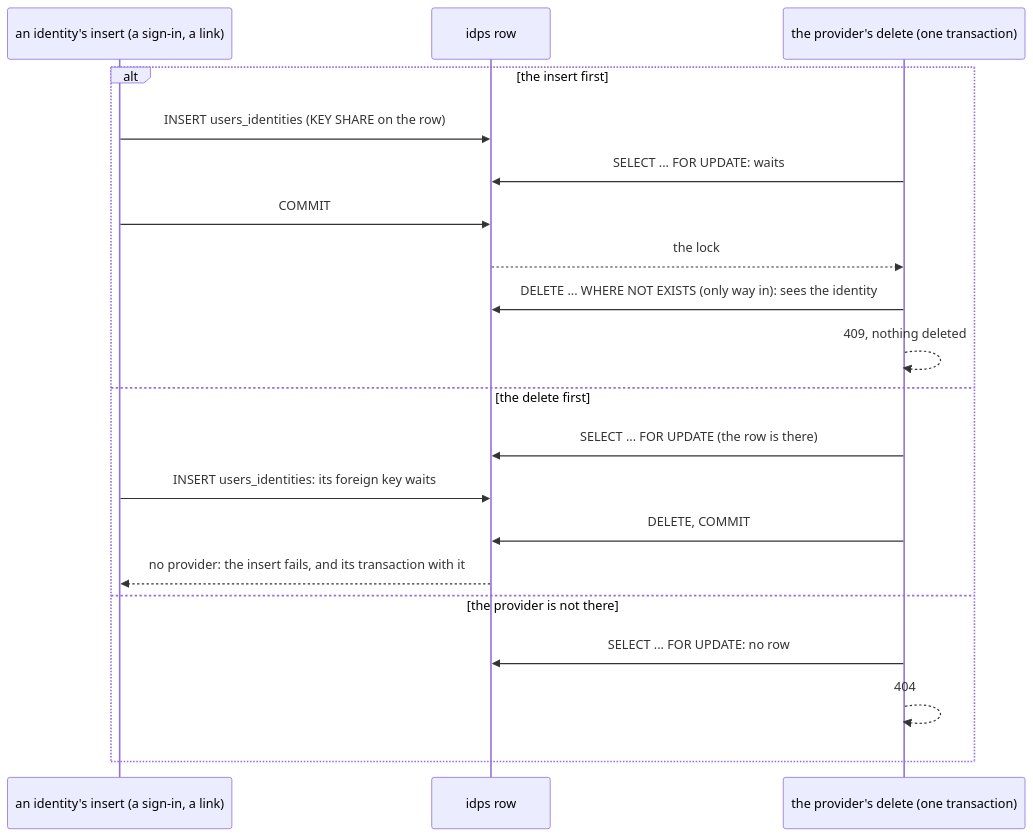
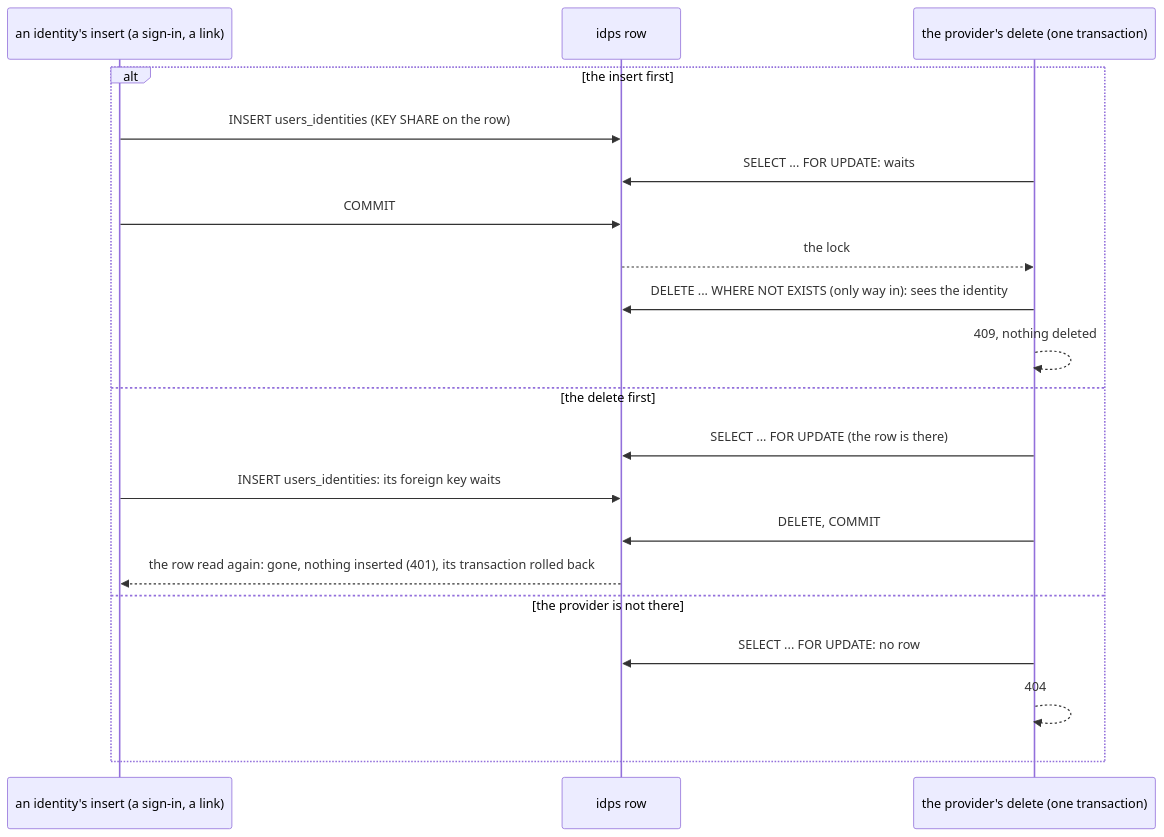
Before and after one commit to p2p-b2b/go-rest-api-service-template: the sixth of 9 diagrams in docs/architecture/identity-providers.md, drawn with Mermaid. The commit also changed other lines of this file and 22 other files, not shown here.

````diff
--- a/docs/architecture/identity-providers.md
+++ b/docs/architecture/identity-providers.md
@@ -375,22 +376,22 @@
 ```mermaid
 sequenceDiagram
     participant S as an identity's insert (a sign-in, a link)
     participant DB as idps row
     participant D as the provider's delete (one transaction)
     alt the insert first
         S->>DB: INSERT users_identities (KEY SHARE on the row)
         D->>DB: SELECT ... FOR UPDATE: waits
         S->>DB: COMMIT
         DB-->>D: the lock
         D->>DB: DELETE ... WHERE NOT EXISTS (only way in): sees the identity
         D-->>D: 409, nothing deleted
     else the delete first
         D->>DB: SELECT ... FOR UPDATE (the row is there)
         S->>DB: INSERT users_identities: its foreign key waits
         D->>DB: DELETE, COMMIT
-        DB-->>S: no provider: the insert fails, and its transaction with it
+        DB-->>S: the row read again: gone, nothing inserted (401), its transaction rolled back
     else the provider is not there
         D->>DB: SELECT ... FOR UPDATE: no row
         D-->>D: 404
     end
 ```
````
